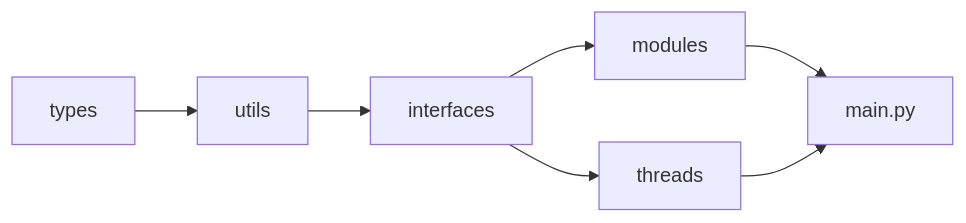
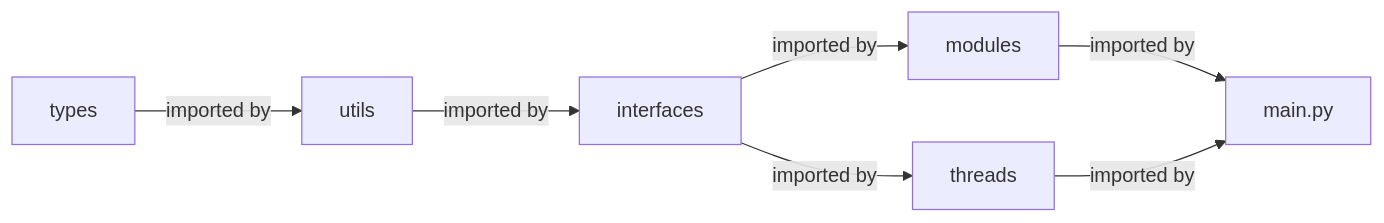
The diagram in website/docs/developer-guide/architecture.mdx (tum-esm/pyra), drawn with Mermaid before and after one commit. The commit also changed other lines of this file and 1 other file, not shown here.

````diff
--- a/website/docs/developer-guide/architecture.mdx
+++ b/website/docs/developer-guide/architecture.mdx
@@ -31,9 +45,9 @@
 ```mermaid
   graph LR;
-      A["types"] --> B;
-      B["utils"] --> C;
-      C["interfaces"] --> D;
-      C --> E;
-      D["modules"] --> F;
-      E["threads"] --> F["main.py"];
+      A["types"] -- imported by --> B;
+      B["utils"] -- imported by --> C;
+      C["interfaces"] -- imported by --> D;
+      C -- imported by --> E;
+      D["modules"] -- imported by --> F;
+      E["threads"] -- imported by --> F["main.py"];
 ```
````
